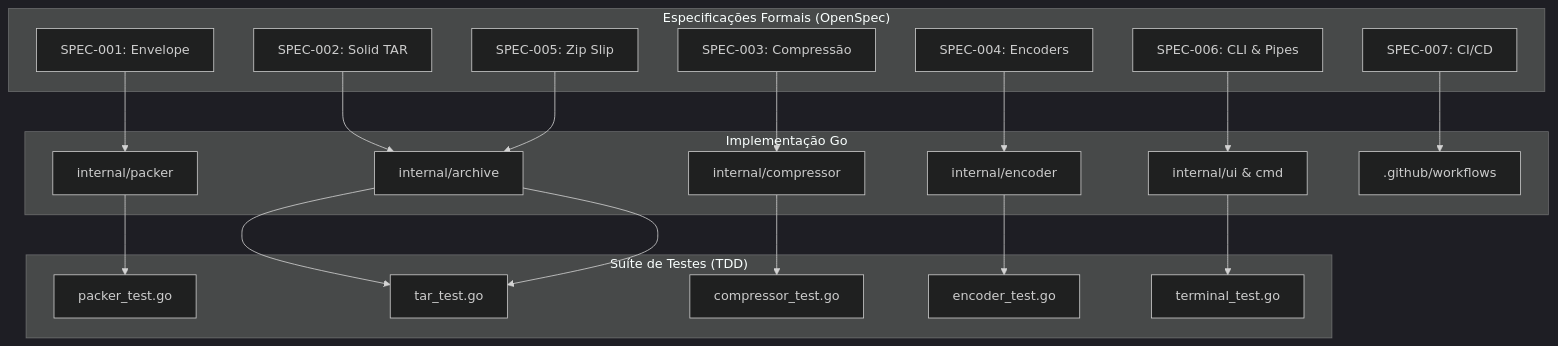
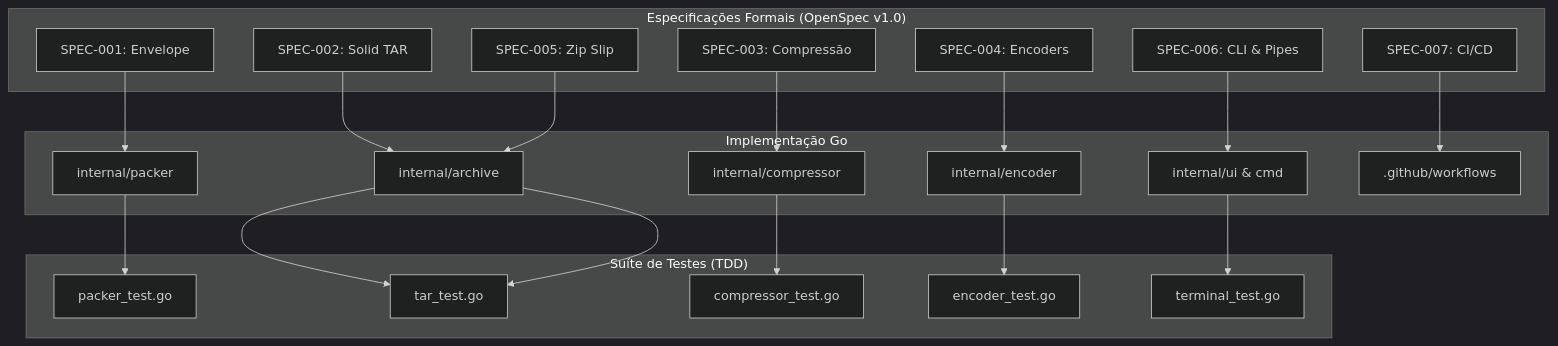
One commit to douglaspands/pack2txt changed the diagram in openspec/INDEX.md. Above: the diagram before and after it, drawn with Mermaid (dark theme). The commit also changed other lines of this file and 1 other file, not shown here.

Commit message:
docs(spec): seal OpenSpec v1.0 milestone and define new feature lifecycle workflow

````diff
--- a/openspec/INDEX.md
+++ b/openspec/INDEX.md
@@ -26,37 +27,37 @@
 ```mermaid
 graph TD
-    subgraph "Especificações Formais (OpenSpec)"
+    subgraph "Especificações Formais (OpenSpec v1.0)"
         S1[SPEC-001: Envelope]
         S2[SPEC-002: Solid TAR]
         S3[SPEC-003: Compressão]
         S4[SPEC-004: Encoders]
         S5[SPEC-005: Zip Slip]
         S6[SPEC-006: CLI & Pipes]
         S7[SPEC-007: CI/CD]
     end
 
     subgraph "Implementação Go"
         P[internal/packer]
         A[internal/archive]
         C[internal/compressor]
         E[internal/encoder]
         U[internal/ui & cmd]
         CI[.github/workflows]
     end
 
     subgraph "Suíte de Testes (TDD)"
         T1[packer_test.go]
         T2[tar_test.go]
         T3[compressor_test.go]
         T4[encoder_test.go]
         T5[terminal_test.go]
     end
 
     S1 --> P --> T1
     S2 --> A --> T2
     S3 --> C --> T3
     S4 --> E --> T4
     S5 --> A --> T2
     S6 --> U --> T5
     S7 --> CI
 ```
````
